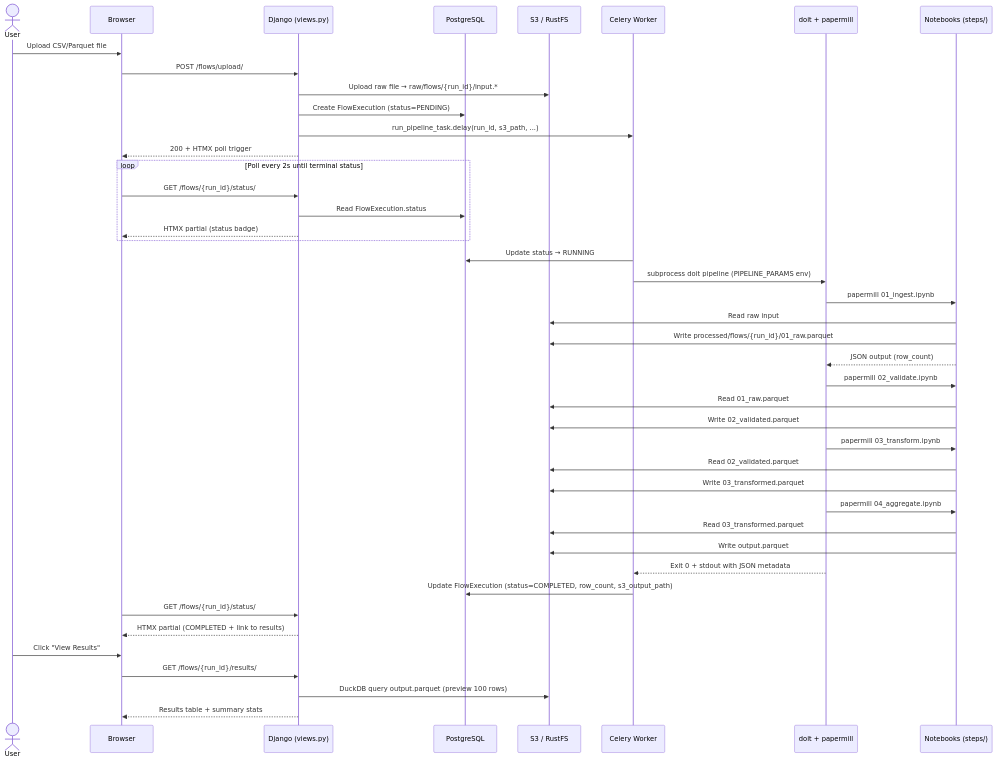
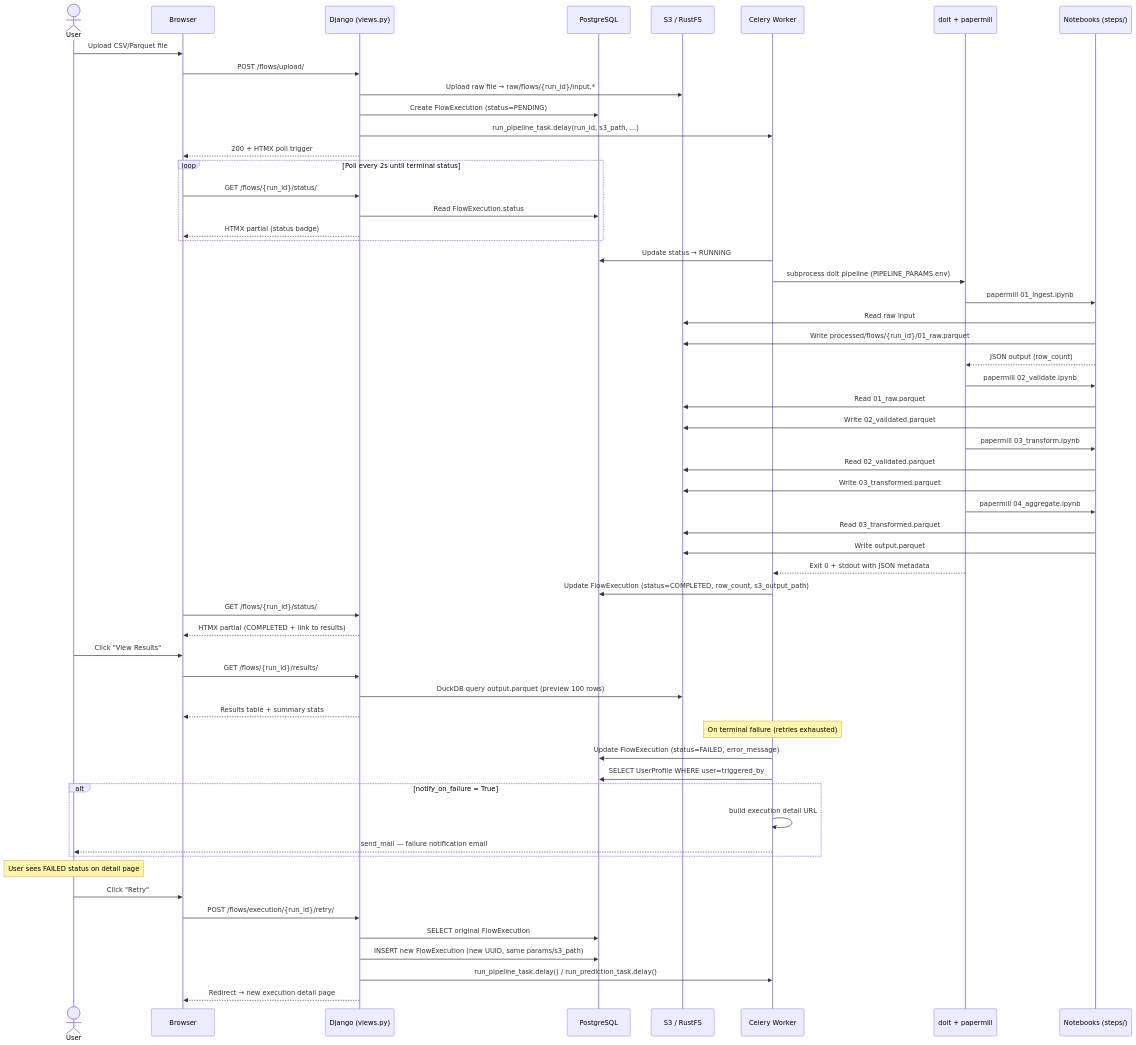
The diagram in docs/sequences/pipeline_execution.mmd (cxhandley/django-prefect-template), drawn with Mermaid before and after one commit. The commit also changed 27 other files, not shown here.

```diff
--- a/docs/sequences/pipeline_execution.mmd
+++ b/docs/sequences/pipeline_execution.mmd
@@ -1,52 +1,70 @@
 sequenceDiagram
     actor User
     participant Browser
     participant Django as Django (views.py)
     participant DB as PostgreSQL
     participant S3 as S3 / RustFS
     participant Celery as Celery Worker
     participant Doit as doit + papermill
     participant Notebooks as Notebooks (steps/)
 
     User->>Browser: Upload CSV/Parquet file
     Browser->>Django: POST /flows/upload/
     Django->>S3: Upload raw file → raw/flows/{run_id}/input.*
     Django->>DB: Create FlowExecution (status=PENDING)
     Django->>Celery: run_pipeline_task.delay(run_id, s3_path, ...)
     Django-->>Browser: 200 + HTMX poll trigger
 
     loop Poll every 2s until terminal status
         Browser->>Django: GET /flows/{run_id}/status/
         Django->>DB: Read FlowExecution.status
         Django-->>Browser: HTMX partial (status badge)
     end
 
     Celery->>DB: Update status → RUNNING
     Celery->>Doit: subprocess doit pipeline (PIPELINE_PARAMS env)
 
     Doit->>Notebooks: papermill 01_ingest.ipynb
     Notebooks->>S3: Read raw input
     Notebooks->>S3: Write processed/flows/{run_id}/01_raw.parquet
     Notebooks-->>Doit: JSON output (row_count)
 
     Doit->>Notebooks: papermill 02_validate.ipynb
     Notebooks->>S3: Read 01_raw.parquet
     Notebooks->>S3: Write 02_validated.parquet
 
     Doit->>Notebooks: papermill 03_transform.ipynb
     Notebooks->>S3: Read 02_validated.parquet
     Notebooks->>S3: Write 03_transformed.parquet
 
     Doit->>Notebooks: papermill 04_aggregate.ipynb
     Notebooks->>S3: Read 03_transformed.parquet
     Notebooks->>S3: Write output.parquet
 
     Doit-->>Celery: Exit 0 + stdout with JSON metadata
     Celery->>DB: Update FlowExecution (status=COMPLETED, row_count, s3_output_path)
 
     Browser->>Django: GET /flows/{run_id}/status/
     Django-->>Browser: HTMX partial (COMPLETED + link to results)
     User->>Browser: Click "View Results"
     Browser->>Django: GET /flows/{run_id}/results/
     Django->>S3: DuckDB query output.parquet (preview 100 rows)
     Django-->>Browser: Results table + summary stats
+
+    %% ── Failure + email notification branch ──────────────────────────────────
+    note over Celery: On terminal failure (retries exhausted)
+    Celery->>DB: Update FlowExecution (status=FAILED, error_message)
+    Celery->>DB: SELECT UserProfile WHERE user=triggered_by
+    alt notify_on_failure = True
+        Celery->>Celery: build execution detail URL
+        Celery-->>User: send_mail — failure notification email
+    end
+
+    %% ── Retry branch ─────────────────────────────────────────────────────────
+    note over User: User sees FAILED status on detail page
+    User->>Browser: Click "Retry"
+    Browser->>Django: POST /flows/execution/{run_id}/retry/
+    Django->>DB: SELECT original FlowExecution
+    Django->>DB: INSERT new FlowExecution (new UUID, same params/s3_path)
+    Django->>Celery: run_pipeline_task.delay() / run_prediction_task.delay()
+    Django-->>Browser: Redirect → new execution detail page
```
